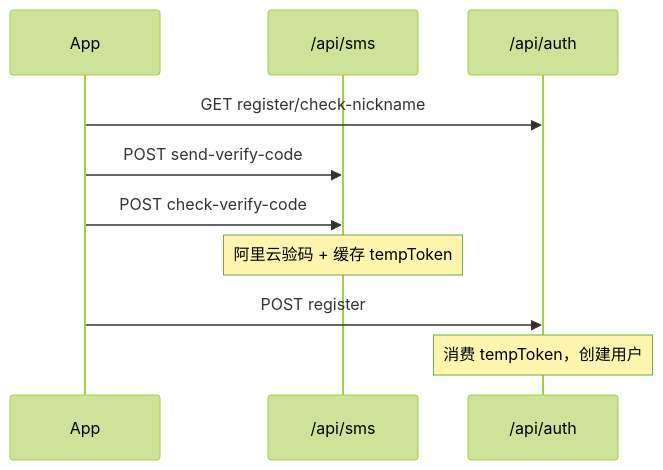
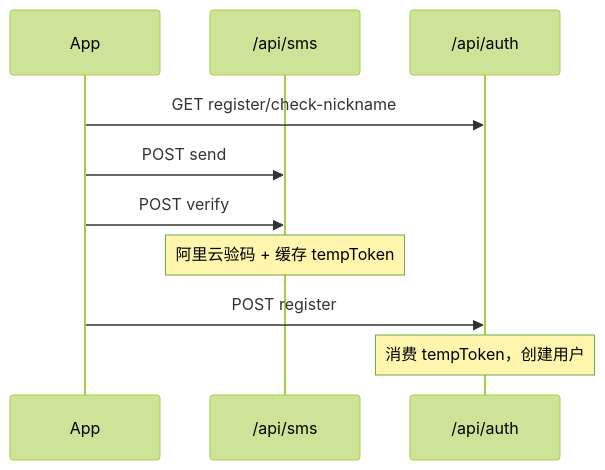
One commit to yuese12333/carpooling changed the diagram in docs/用户注册接口联调文档.md. Above: the diagram before and after it, drawn with Mermaid (forest theme). The commit also changed other lines of this file and 31 other files, not shown here.

````diff
--- a/docs/用户注册接口联调文档.md
+++ b/docs/用户注册接口联调文档.md
@@ -29,13 +30,13 @@
 ```mermaid
 sequenceDiagram
   participant App
   participant Sms as /api/sms
   participant Auth as /api/auth
 
   App->>Auth: GET register/check-nickname
-  App->>Sms: POST send-verify-code
-  App->>Sms: POST check-verify-code
+  App->>Sms: POST send
+  App->>Sms: POST verify
   Note over Sms: 阿里云验码 + 缓存 tempToken
   App->>Auth: POST register
   Note over Auth: 消费 tempToken，创建用户
 ```
````
